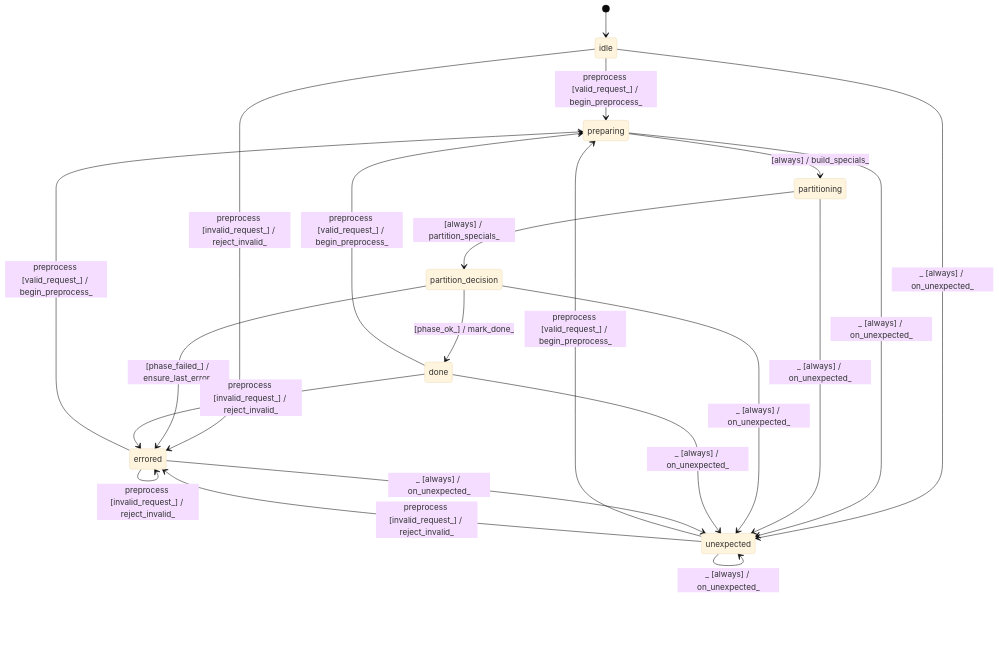
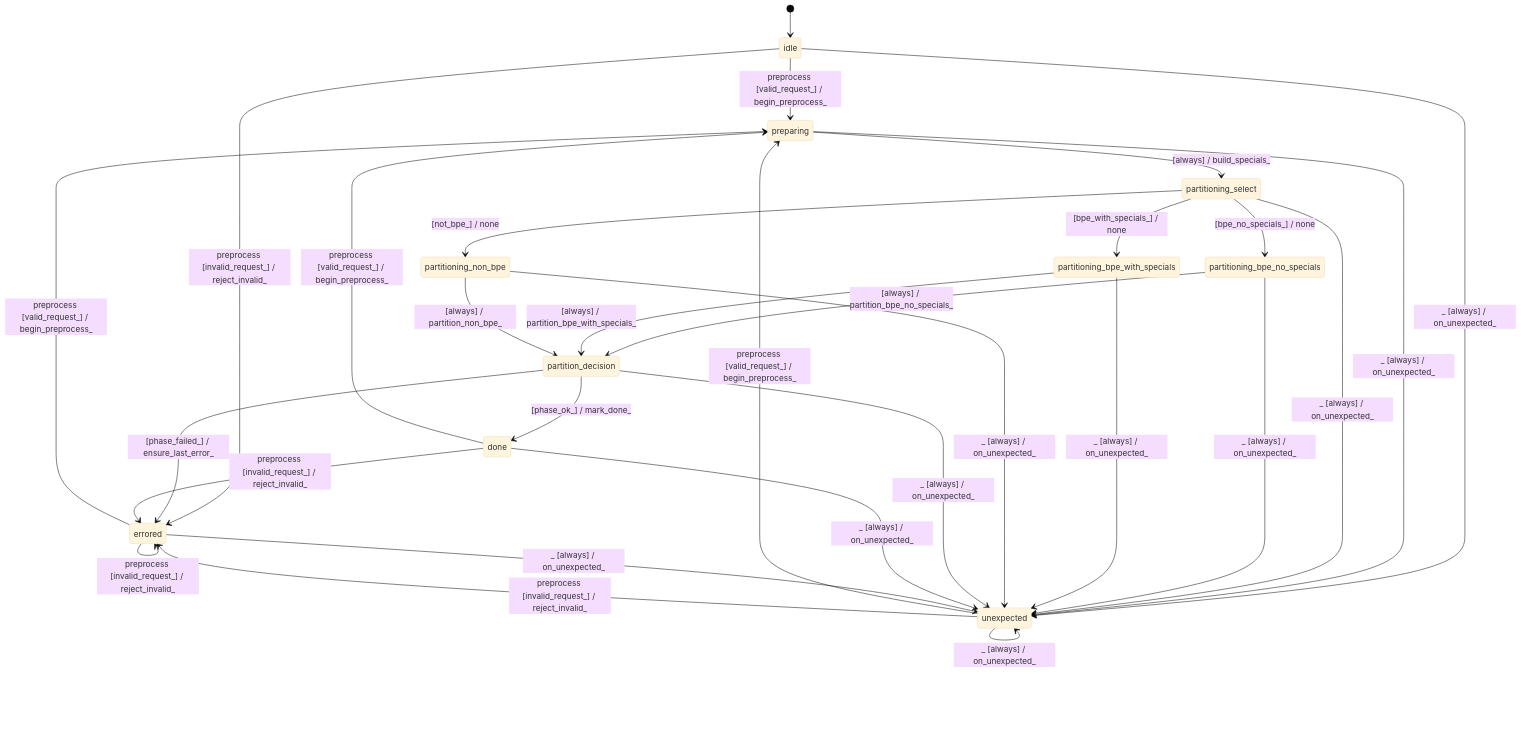
One commit to stateforward/emel.cpp changed the diagram in docs/architecture/tokenizer_preprocessor_bpe.md. Above: the diagram before and after it, drawn with Mermaid (base theme). The commit also changed other lines of this file and 969 other files, not shown here.

````diff
--- a/docs/architecture/tokenizer_preprocessor_bpe.md
+++ b/docs/architecture/tokenizer_preprocessor_bpe.md
@@ -7,24 +7,32 @@
 ```mermaid
 stateDiagram-v2
   direction TB
   [*] --> idle
   idle --> preparing : preprocess [valid_request_] / begin_preprocess_
   idle --> errored : preprocess [invalid_request_] / reject_invalid_
-  preparing --> partitioning : [always] / build_specials_
-  partitioning --> partition_decision : [always] / partition_specials_
+  preparing --> partitioning_select : [always] / build_specials_
+  partitioning_select --> partitioning_bpe_no_specials : [bpe_no_specials_] / none
+  partitioning_select --> partitioning_bpe_with_specials : [bpe_with_specials_] / none
+  partitioning_select --> partitioning_non_bpe : [not_bpe_] / none
+  partitioning_bpe_no_specials --> partition_decision : [always] / partition_bpe_no_specials_
+  partitioning_bpe_with_specials --> partition_decision : [always] / partition_bpe_with_specials_
+  partitioning_non_bpe --> partition_decision : [always] / partition_non_bpe_
   partition_decision --> errored : [phase_failed_] / ensure_last_error_
   partition_decision --> done : [phase_ok_] / mark_done_
   done --> preparing : preprocess [valid_request_] / begin_preprocess_
   done --> errored : preprocess [invalid_request_] / reject_invalid_
   errored --> preparing : preprocess [valid_request_] / begin_preprocess_
   errored --> errored : preprocess [invalid_request_] / reject_invalid_
   unexpected --> preparing : preprocess [valid_request_] / begin_preprocess_
   unexpected --> errored : preprocess [invalid_request_] / reject_invalid_
   idle --> unexpected : _ [always] / on_unexpected_
   preparing --> unexpected : _ [always] / on_unexpected_
-  partitioning --> unexpected : _ [always] / on_unexpected_
+  partitioning_select --> unexpected : _ [always] / on_unexpected_
+  partitioning_bpe_no_specials --> unexpected : _ [always] / on_unexpected_
+  partitioning_bpe_with_specials --> unexpected : _ [always] / on_unexpected_
+  partitioning_non_bpe --> unexpected : _ [always] / on_unexpected_
   partition_decision --> unexpected : _ [always] / on_unexpected_
   done --> unexpected : _ [always] / on_unexpected_
   errored --> unexpected : _ [always] / on_unexpected_
   unexpected --> unexpected : _ [always] / on_unexpected_
 ```
````
